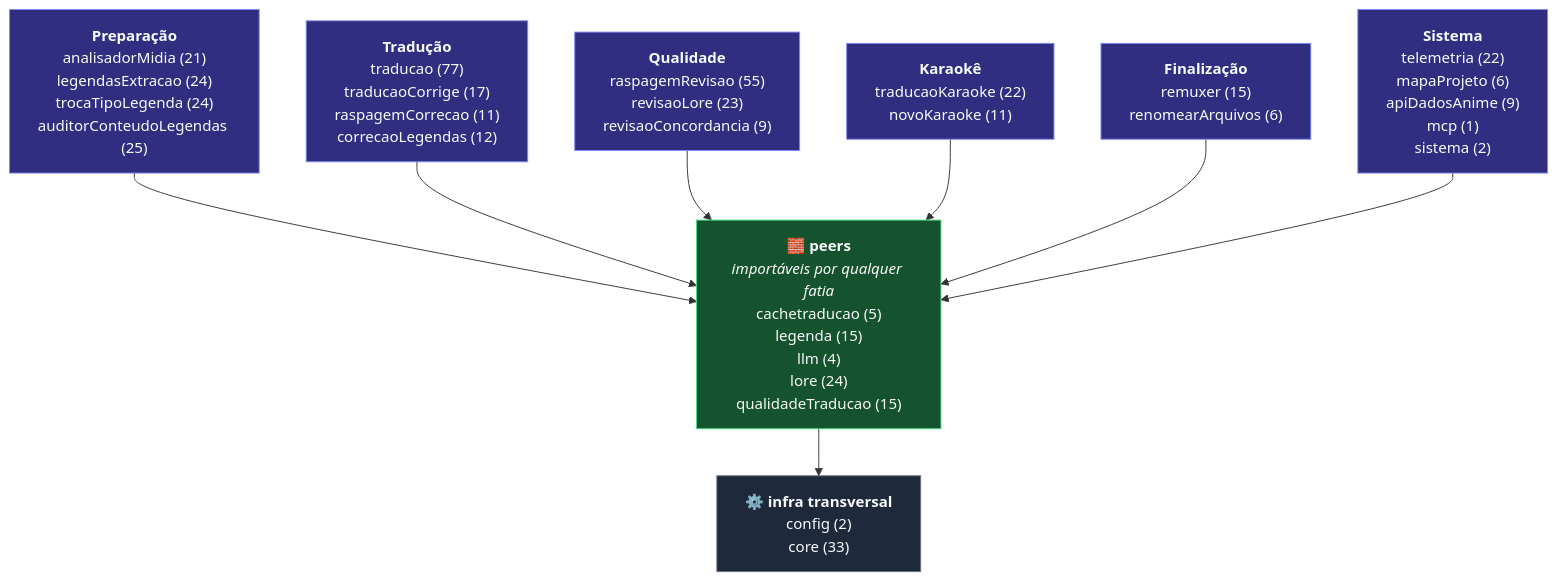
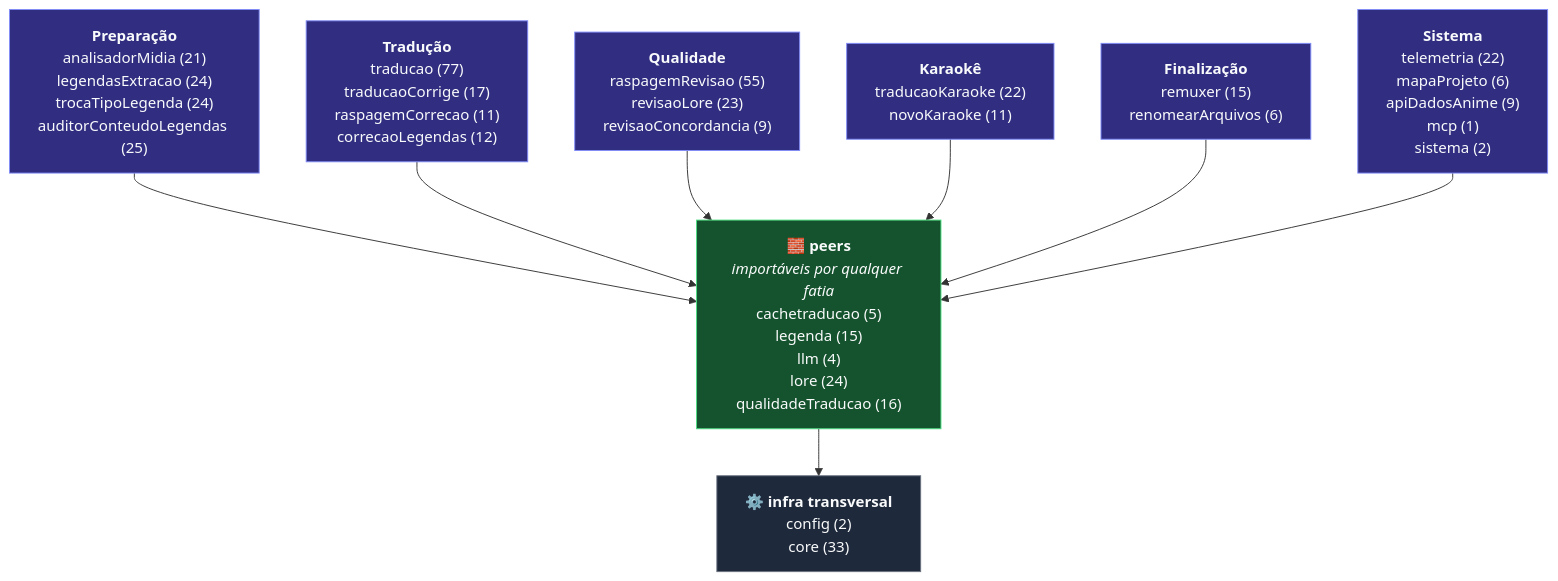
Before and after one commit to carmipa/traducao_animes_llm_local_quarkus-1: the diagram in docs/ref-esqueleto-projeto.md, drawn with Mermaid. The commit also changed other lines of this file and 7 other files, not shown here.

````diff
--- a/docs/ref-esqueleto-projeto.md
+++ b/docs/ref-esqueleto-projeto.md
@@ -36,21 +36,21 @@
 ```mermaid
 graph TB
     G0["<b>Preparação</b><br/>analisadorMidia (21)<br/>legendasExtracao (24)<br/>trocaTipoLegenda (24)<br/>auditorConteudoLegendas (25)"]:::fatia
     G1["<b>Tradução</b><br/>traducao (77)<br/>traducaoCorrige (17)<br/>raspagemCorrecao (11)<br/>correcaoLegendas (12)"]:::fatia
     G2["<b>Qualidade</b><br/>raspagemRevisao (55)<br/>revisaoLore (23)<br/>revisaoConcordancia (9)"]:::fatia
     G3["<b>Karaokê</b><br/>traducaoKaraoke (22)<br/>novoKaraoke (11)"]:::fatia
     G4["<b>Finalização</b><br/>remuxer (15)<br/>renomearArquivos (6)"]:::fatia
     G5["<b>Sistema</b><br/>telemetria (22)<br/>mapaProjeto (6)<br/>apiDadosAnime (9)<br/>mcp (1)<br/>sistema (2)"]:::fatia
-    PEERS["<b>🧱 peers</b><br/><i>importáveis por qualquer fatia</i><br/>cachetraducao (5)<br/>legenda (15)<br/>llm (4)<br/>lore (24)<br/>qualidadeTraducao (15)"]:::peer
+    PEERS["<b>🧱 peers</b><br/><i>importáveis por qualquer fatia</i><br/>cachetraducao (5)<br/>legenda (15)<br/>llm (4)<br/>lore (24)<br/>qualidadeTraducao (16)"]:::peer
     BASE["<b>⚙️ infra transversal</b><br/>config (2)<br/>core (33)"]:::base
     G0 --> PEERS
     G1 --> PEERS
     G2 --> PEERS
     G3 --> PEERS
     G4 --> PEERS
     G5 --> PEERS
     PEERS --> BASE
     classDef fatia fill:#312e81,stroke:#818CF8,color:#F9FAFB
     classDef peer fill:#14532d,stroke:#4ADE80,color:#F9FAFB
     classDef base fill:#1e293b,stroke:#6B7280,color:#F9FAFB
 ```
````
